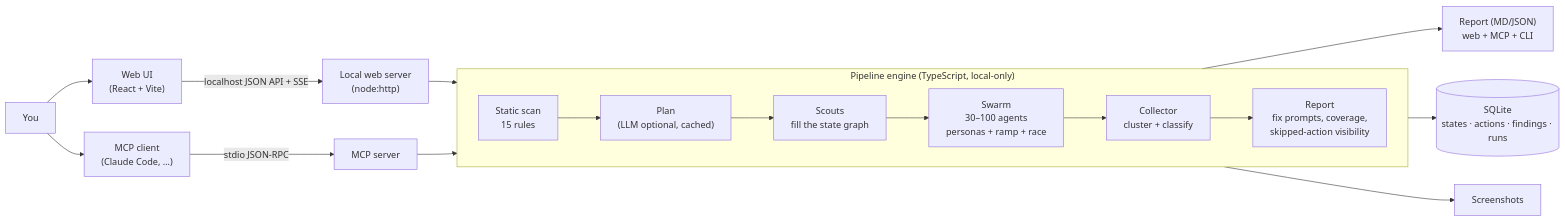
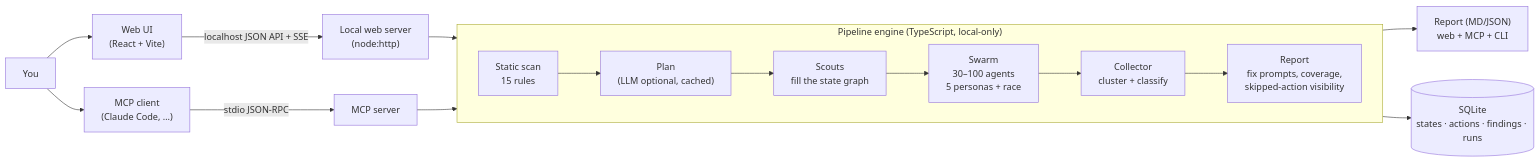
The diagram in README.md (kunalraha-ai/UIpocalypse), drawn with Mermaid before and after one commit. The commit also changed other lines of this file and 1 other file, not shown here.

````diff
--- a/README.md
+++ b/README.md
@@ -108,22 +145,21 @@
 ```mermaid
 flowchart LR
     U["You"] --> W["Web UI<br/>(React + Vite)"]
     U --> M["MCP client<br/>(Claude Code, …)"]
     W -->|"localhost JSON API + SSE"| API["Local web server<br/>(node:http)"]
     M -->|"stdio JSON-RPC"| S["MCP server"]
     API --> E
     S --> E["Pipeline engine"]
 
     subgraph E ["Pipeline engine (TypeScript, local-only)"]
         direction LR
         SC["Static scan<br/>15 rules"] --> PL["Plan<br/>(LLM optional, cached)"]
         PL --> EX["Scouts<br/>fill the state graph"]
-        EX --> SW["Swarm<br/>30–100 agents<br/>personas + ramp + race"]
+        EX --> SW["Swarm<br/>30–100 agents<br/>5 personas + race"]
         SW --> CO["Collector<br/>cluster + classify"]
         CO --> RP["Report<br/>fix prompts, coverage,<br/>skipped-action visibility"]
     end
 
     E --> DB[("SQLite<br/>states · actions · findings · runs")]
-    E --> S3["Screenshots"]
     RP --> RPT["Report (MD/JSON)<br/>web + MCP + CLI"]
 ```
````
